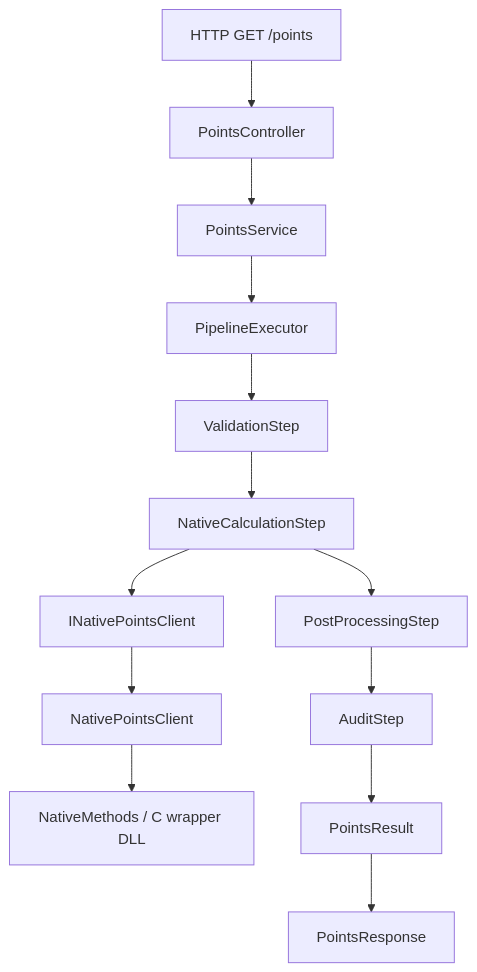
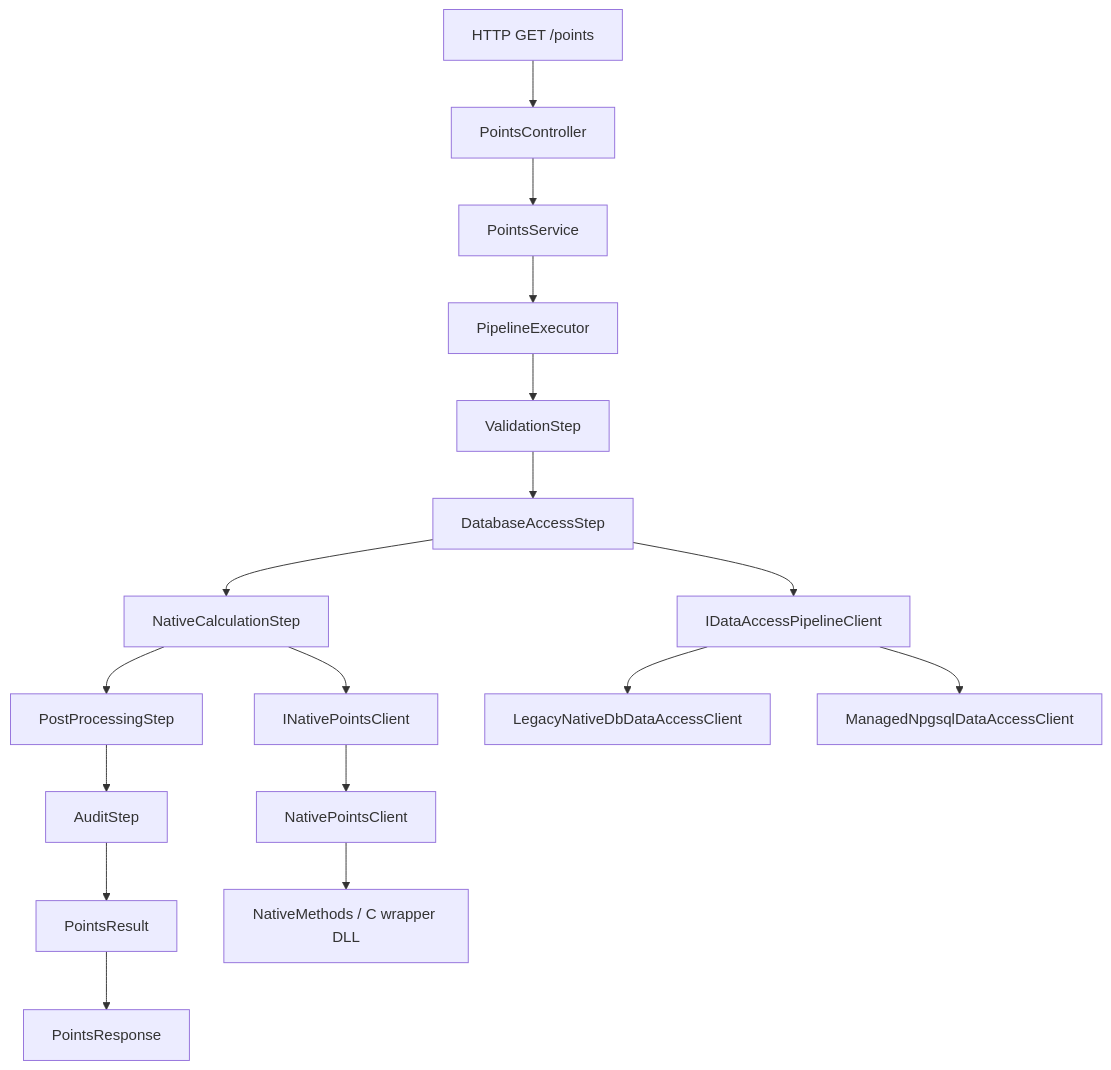
One commit to LahkLeKey/Banana changed the diagram in docs/developer-onboarding.md. Above: the diagram before and after it, drawn with Mermaid. The commit also changed other lines of this file and 9 other files, not shown here.

````diff
--- a/docs/developer-onboarding.md
+++ b/docs/developer-onboarding.md
@@ -34,15 +34,19 @@
 ```mermaid
 flowchart TD
    A[HTTP GET /points] --> B[PointsController]
    B --> C[PointsService]
    C --> D[PipelineExecutor<PipelineContext>]
    D --> E[ValidationStep]
-   E --> F[NativeCalculationStep]
+   E --> E1[DatabaseAccessStep]
+   E1 --> F[NativeCalculationStep]
    F --> G[PostProcessingStep]
    G --> H[AuditStep]
+   E1 --> DB[IDataAccessPipelineClient]
+   DB --> DB1[LegacyNativeDbDataAccessClient]
+   DB --> DB2[ManagedNpgsqlDataAccessClient]
    F --> I[INativePointsClient]
    I --> J[NativePointsClient]
    J --> K[NativeMethods / C wrapper DLL]
    H --> L[PointsResult]
    L --> M[PointsResponse]
 ```
````
